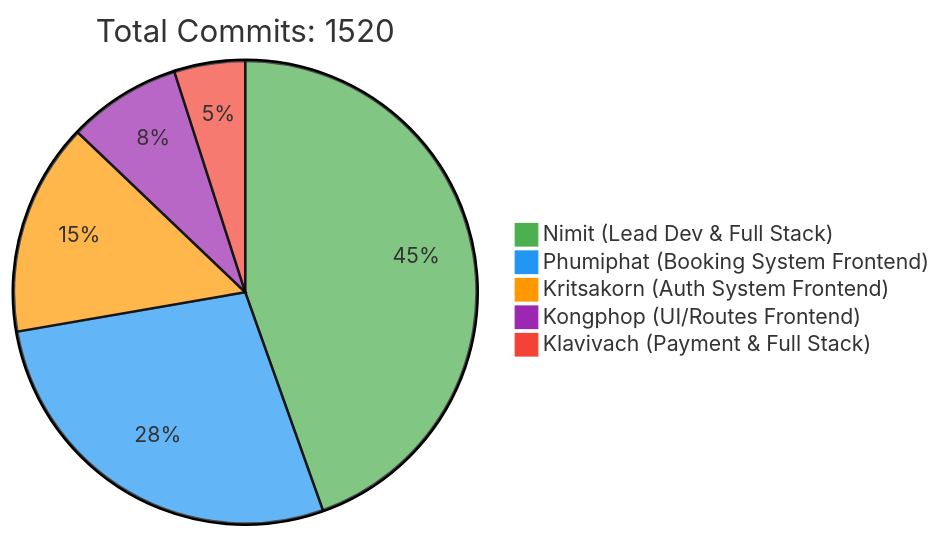
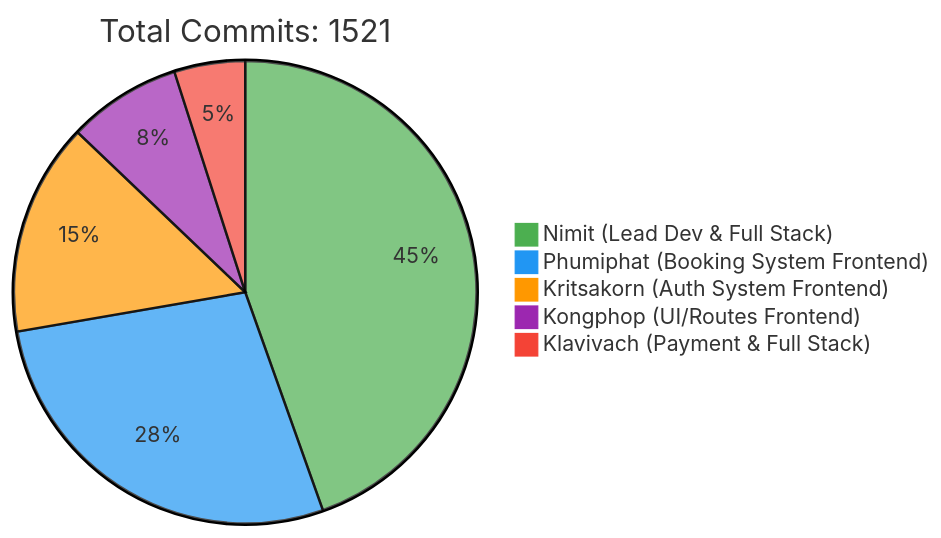
One commit to 6531503042/Sport-Complex changed the first of 2 diagrams in README.md. Above: the diagram before and after it, drawn with Mermaid. The commit also changed other lines of this file, not shown here.

Commit message:
docs: Update contributor statistics [skip ci]

````diff
--- a/README.md
+++ b/README.md
@@ -257,10 +257,10 @@
 ```mermaid
 %%{init: {'theme': 'base', 'themeVariables': { 'pie1': '#4CAF50', 'pie2': '#2196F3', 'pie3': '#FF9800', 'pie4': '#9C27B0', 'pie5': '#F44336'}}}%%
 pie
-    title Total Commits: 1520
+    title Total Commits: 1521
     "Nimit (Lead Dev & Full Stack)" : 450
     "Phumiphat (Booking System Frontend)" : 280
     "Kritsakorn (Auth System Frontend)" : 150
     "Kongphop (UI/Routes Frontend)" : 80
     "Klavivach (Payment & Full Stack)" : 50
 ```
````
